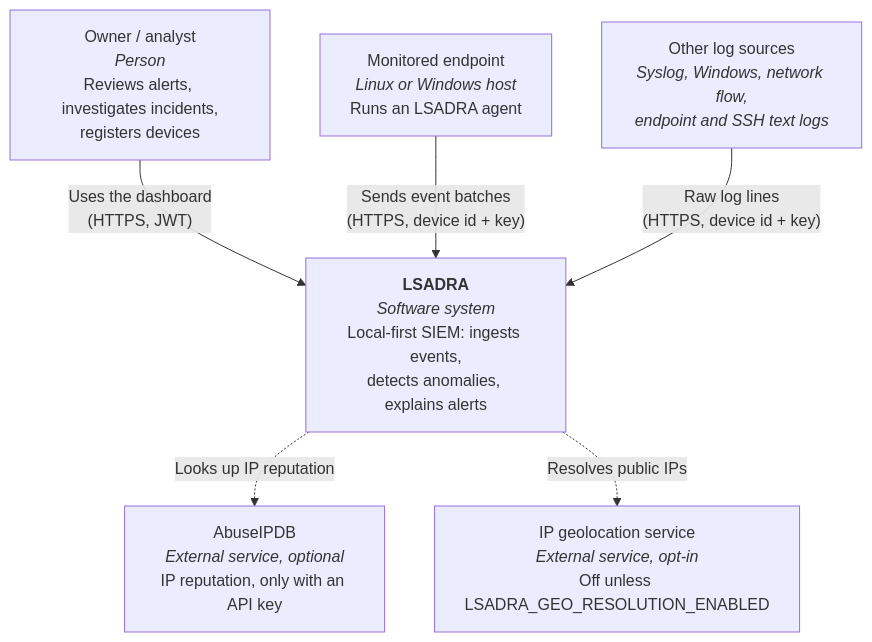
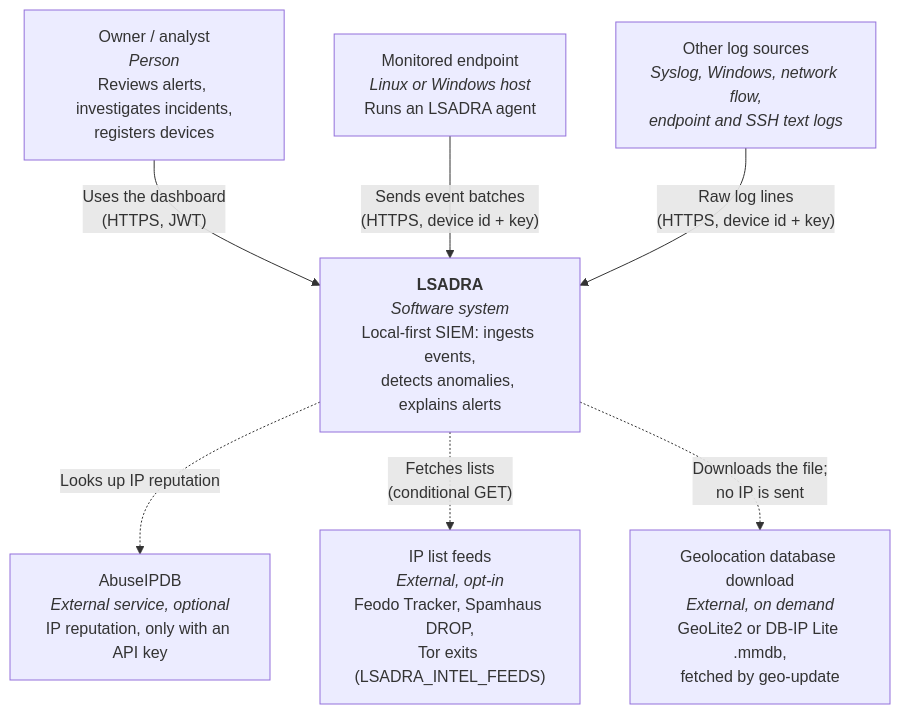
The first of 4 diagrams in docs/architecture/c4.md (tsmanral/lsadra), drawn with Mermaid before and after one commit. The commit also changed other lines of this file and 4 other files, not shown here.

First line of the commit message:
docs: describe two-tier threat intel, local geolocation and key revocation

````diff
--- a/docs/architecture/c4.md
+++ b/docs/architecture/c4.md
@@ -16,17 +16,19 @@
 ```mermaid
 flowchart TB
     owner["Owner / analyst<br/><i>Person</i><br/>Reviews alerts, investigates incidents,<br/>registers devices"]
     endpoint["Monitored endpoint<br/><i>Linux or Windows host</i><br/>Runs an LSADRA agent"]
     sources["Other log sources<br/><i>Syslog, Windows, network flow,<br/>endpoint and SSH text logs</i>"]
 
     lsadra["<b>LSADRA</b><br/><i>Software system</i><br/>Local-first SIEM: ingests events,<br/>detects anomalies, explains alerts"]
 
     abuse["AbuseIPDB<br/><i>External service, optional</i><br/>IP reputation, only with an API key"]
-    geo["IP geolocation service<br/><i>External service, opt-in</i><br/>Off unless LSADRA_GEO_RESOLUTION_ENABLED"]
+    feeds["IP list feeds<br/><i>External, opt-in</i><br/>Feodo Tracker, Spamhaus DROP,<br/>Tor exits (LSADRA_INTEL_FEEDS)"]
+    geodl["Geolocation database download<br/><i>External, on demand</i><br/>GeoLite2 or DB-IP Lite .mmdb,<br/>fetched by geo-update"]
 
     owner -- "Uses the dashboard<br/>(HTTPS, JWT)" --> lsadra
     endpoint -- "Sends event batches<br/>(HTTPS, device id + key)" --> lsadra
     sources -- "Raw log lines<br/>(HTTPS, device id + key)" --> lsadra
     lsadra -. "Looks up IP reputation" .-> abuse
-    lsadra -. "Resolves public IPs" .-> geo
+    lsadra -. "Fetches lists<br/>(conditional GET)" .-> feeds
+    lsadra -. "Downloads the file;<br/>no IP is sent" .-> geodl
 ```
````
